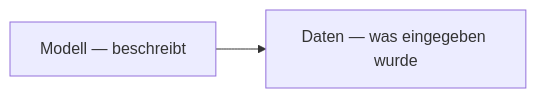
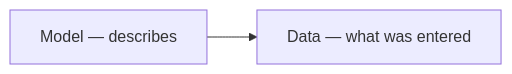
Before and after one commit to sfambach/wp-taxonomy-modeler: the first of 50 diagrams in docs/NewConcept/10-domain-core.md, drawn with Mermaid. The commit also changed other lines of this file and 4 other files, not shown here.

First line of the commit message:
Diagramme auf Englisch, Sachnamen bleiben

````diff
--- a/docs/NewConcept/10-domain-core.md
+++ b/docs/NewConcept/10-domain-core.md
@@ -50,4 +50,4 @@
 ```mermaid
 flowchart LR
-  M["Modell — beschreibt"] --> D["Daten — was eingegeben wurde"]
+  M["Model — describes"] --> D["Data — what was entered"]
 ```
````
